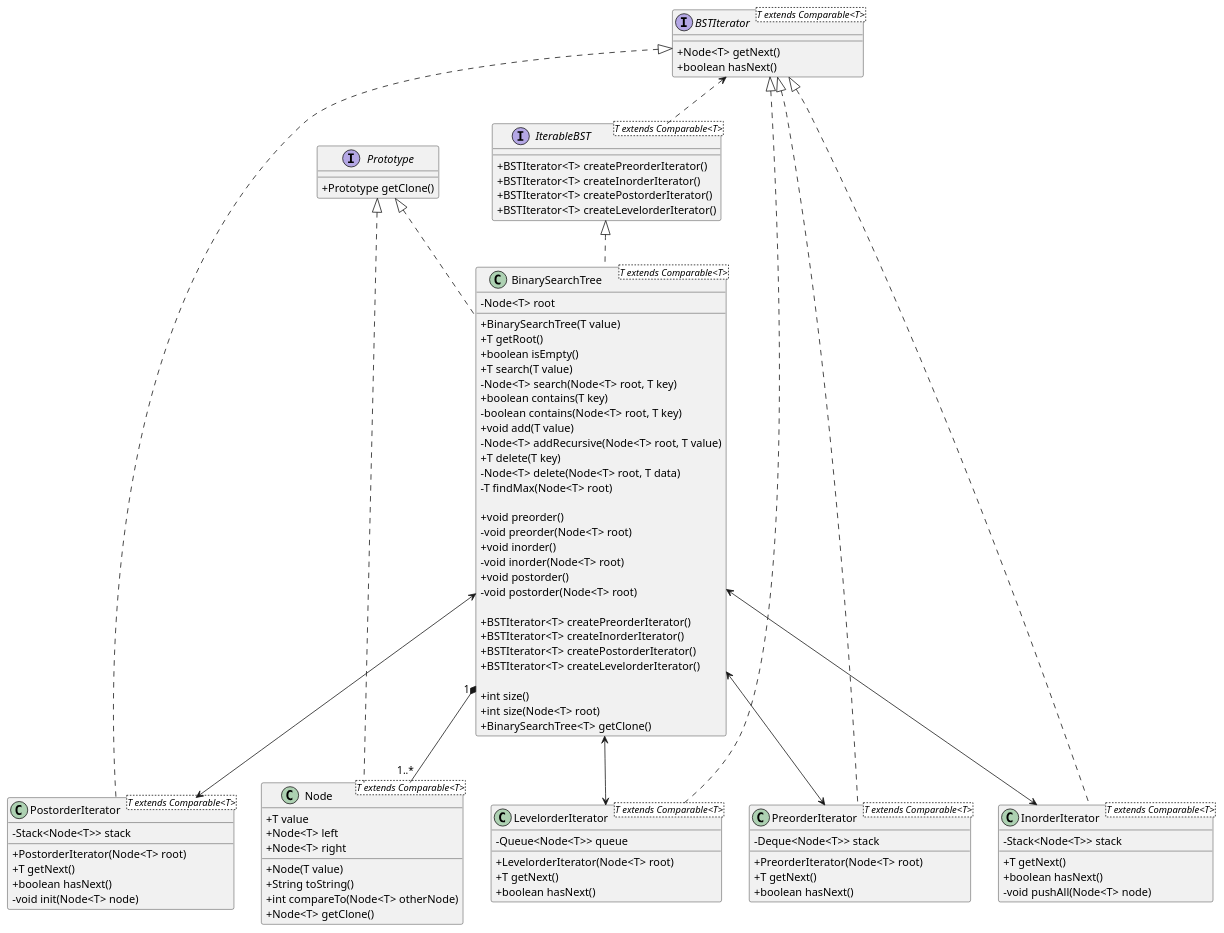
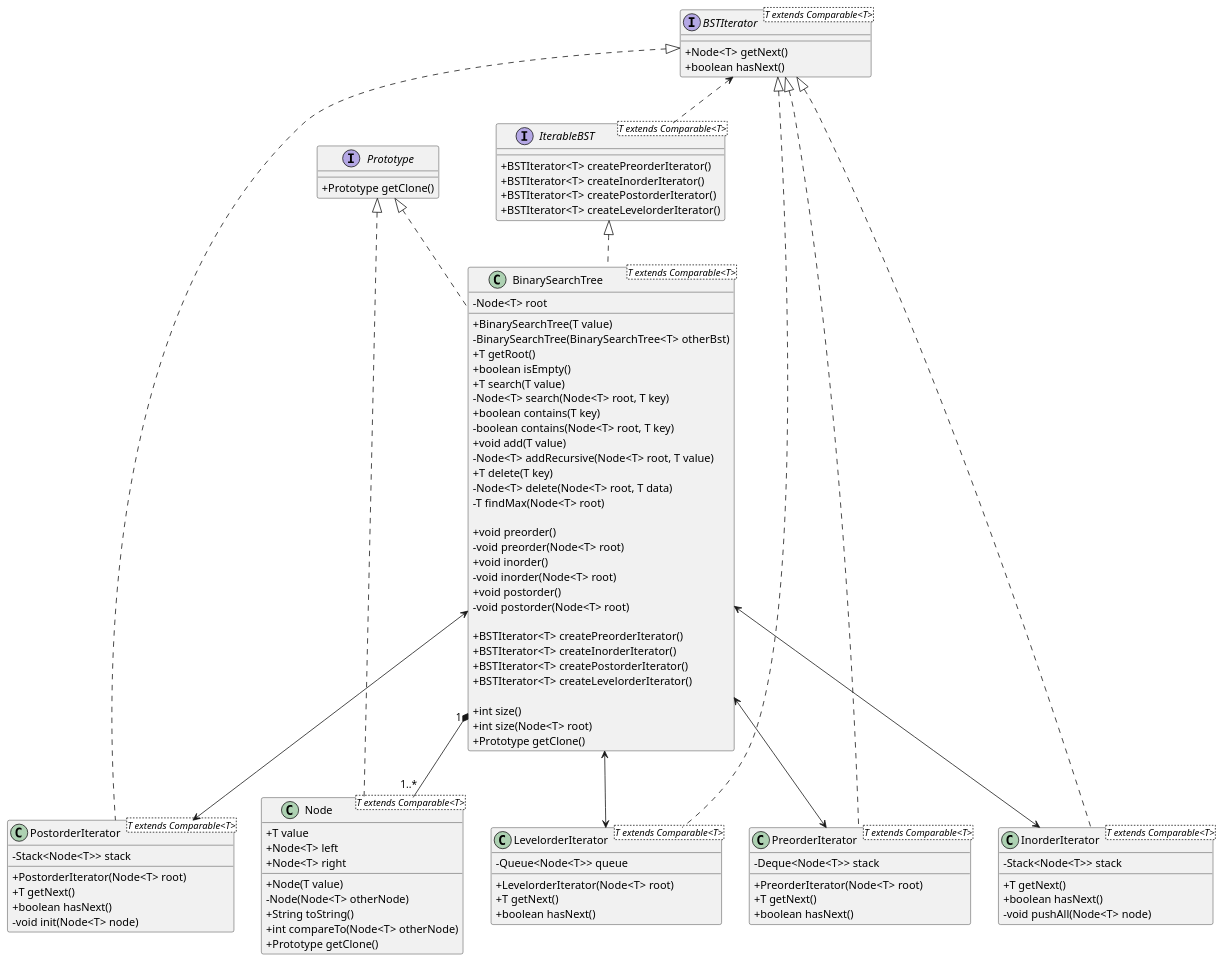
Before and after one commit to yagocdj/Atividade-iterator: the diagram in docs/colaborativaum.plantuml, drawn with PlantUML. The commit also changed 2 other files, not shown here.

Commit message:
fix: ajustando o diagrama de classes

```diff
--- a/docs/colaborativaum.plantuml
+++ b/docs/colaborativaum.plantuml
@@ -1,122 +1,124 @@
 @startuml colaborativaum
 skinparam ClassAttributeIconSize 0
 
 class Node<T extends Comparable<T>> {
     + T value
     + Node<T> left
     + Node<T> right
 
     + Node(T value)
+    - Node(Node<T> otherNode)
     + String toString()
     + int compareTo(Node<T> otherNode)
-    + Node<T> getClone()
+    + Prototype getClone()
 }
 
 ' IterableCollection
 interface IterableBST<T extends Comparable<T>> {
     + BSTIterator<T> createPreorderIterator()
     + BSTIterator<T> createInorderIterator()
     + BSTIterator<T> createPostorderIterator()
     + BSTIterator<T> createLevelorderIterator()
 }
 
 ' ConcreteCollection
 class BinarySearchTree<T extends Comparable<T>> {
     - Node<T> root
 
     + BinarySearchTree(T value)
+    - BinarySearchTree(BinarySearchTree<T> otherBst)
     + T getRoot()
     + boolean isEmpty()
     + T search(T value)
     - Node<T> search(Node<T> root, T key)
     + boolean contains(T key)
     - boolean contains(Node<T> root, T key)
     + void add(T value)
     - Node<T> addRecursive(Node<T> root, T value)
     + T delete(T key)
     - Node<T> delete(Node<T> root, T data)
     - T findMax(Node<T> root)
     
     ' iterate through the tree
     + void preorder()
     - void preorder(Node<T> root)
     + void inorder()
     - void inorder(Node<T> root)
     + void postorder()
     - void postorder(Node<T> root)
 
     + BSTIterator<T> createPreorderIterator()
     + BSTIterator<T> createInorderIterator()
     + BSTIterator<T> createPostorderIterator()
     + BSTIterator<T> createLevelorderIterator()
     
     + int size()
     + int size(Node<T> root)
-    + BinarySearchTree<T> getClone()
+    + Prototype getClone()
 }
 
 ' Iterator interface
 interface BSTIterator<T extends Comparable<T>> {
     + Node<T> getNext()
     + boolean hasNext()
 }
 
 ' Concrete Iterators
 class PreorderIterator<T extends Comparable<T>> {
     - Deque<Node<T>> stack
 
     + PreorderIterator(Node<T> root)
     + T getNext()
     + boolean hasNext()
 }
 
 class InorderIterator<T extends Comparable<T>> {
     - Stack<Node<T>> stack
 
     + T getNext()
     + boolean hasNext()
     - void pushAll(Node<T> node)
 }
 
 class PostorderIterator<T extends Comparable<T>> {
     - Stack<Node<T>> stack
 
     + PostorderIterator(Node<T> root)
     + T getNext()
     + boolean hasNext()
     - void init(Node<T> node)
 }
 
 class LevelorderIterator<T extends Comparable<T>> {
     - Queue<Node<T>> queue
 
     + LevelorderIterator(Node<T> root)
     + T getNext()
     + boolean hasNext()
 }
 
 ' Prototype interface
 interface Prototype {
     + Prototype getClone()
 }
 
 ' Relationships
 BinarySearchTree "1" *-- "1..*" Node
 IterableBST <|.. BinarySearchTree
 
 BSTIterator <.. IterableBST
 
 BinarySearchTree <--> PreorderIterator
 BinarySearchTree <--> InorderIterator
 BinarySearchTree <--> PostorderIterator
 BinarySearchTree <--> LevelorderIterator
 
 BSTIterator <|.. PreorderIterator
 BSTIterator <|.. InorderIterator
 BSTIterator <|.. PostorderIterator
 BSTIterator <|.. LevelorderIterator
 
 Prototype <|.. Node
 Prototype <|.. BinarySearchTree
 
 @enduml
```
